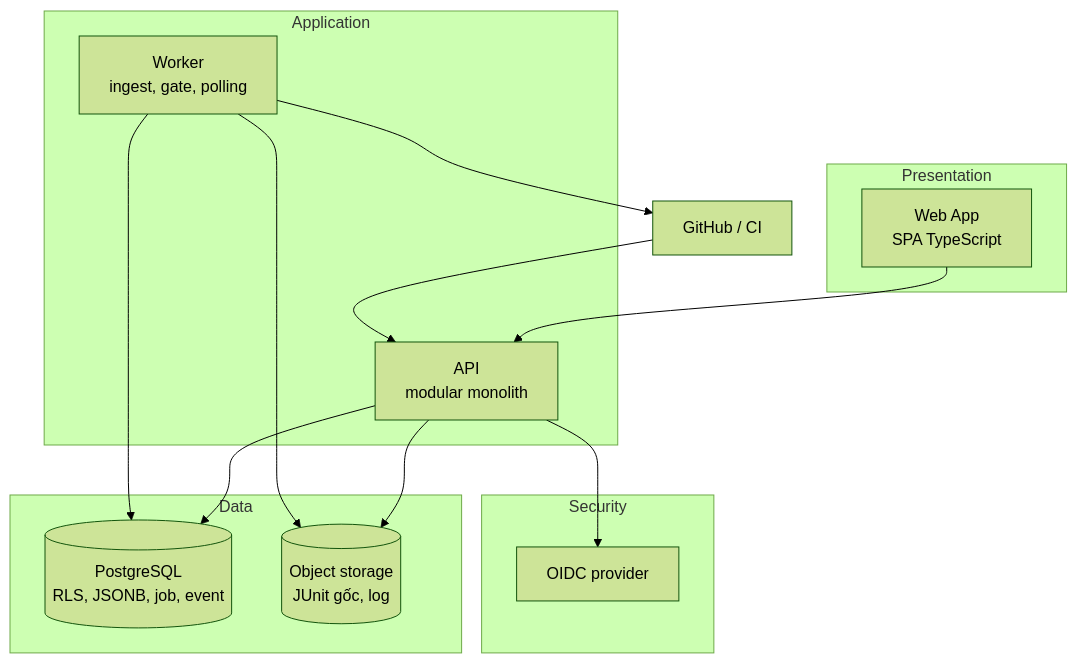
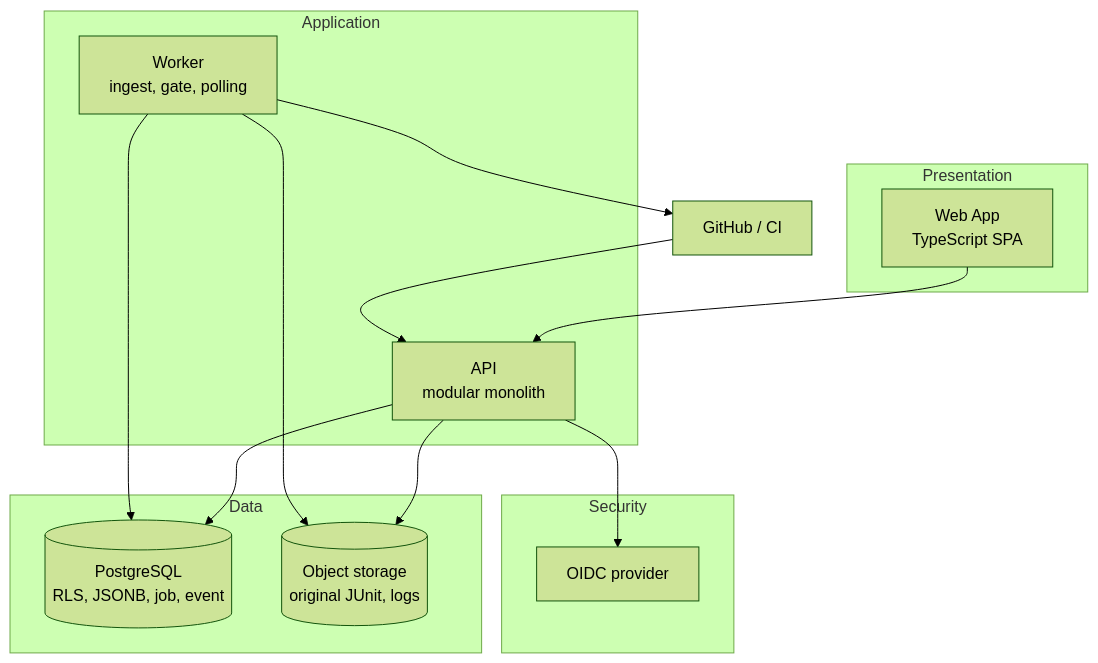
Before and after one commit to tungld9999blacksmith/Strata: diagram 11 of 21 in README.md, drawn with Mermaid (forest theme). The commit also changed other lines of this file and 13 other files, not shown here.

````diff
--- a/README.md
+++ b/README.md
@@ -755,25 +755,25 @@
 ```mermaid
 flowchart TB
     subgraph PRES["Presentation"]
-        WEB["Web App<br/>SPA TypeScript"]
+        WEB["Web App<br/>TypeScript SPA"]
     end
     subgraph APP["Application"]
         API["API<br/>modular monolith"]
         WRK["Worker<br/>ingest, gate, polling"]
     end
     subgraph SEC["Security"]
         OIDC["OIDC provider"]
     end
     subgraph DATA["Data"]
         PG[("PostgreSQL<br/>RLS, JSONB, job, event")]
-        OBJ[("Object storage<br/>JUnit gốc, log")]
+        OBJ[("Object storage<br/>original JUnit, logs")]
     end
     WEB --> API
     API --> OIDC
     API --> PG
     API --> OBJ
     WRK --> PG
     WRK --> OBJ
     GH["GitHub / CI"] --> API
     WRK --> GH
 ```
````
